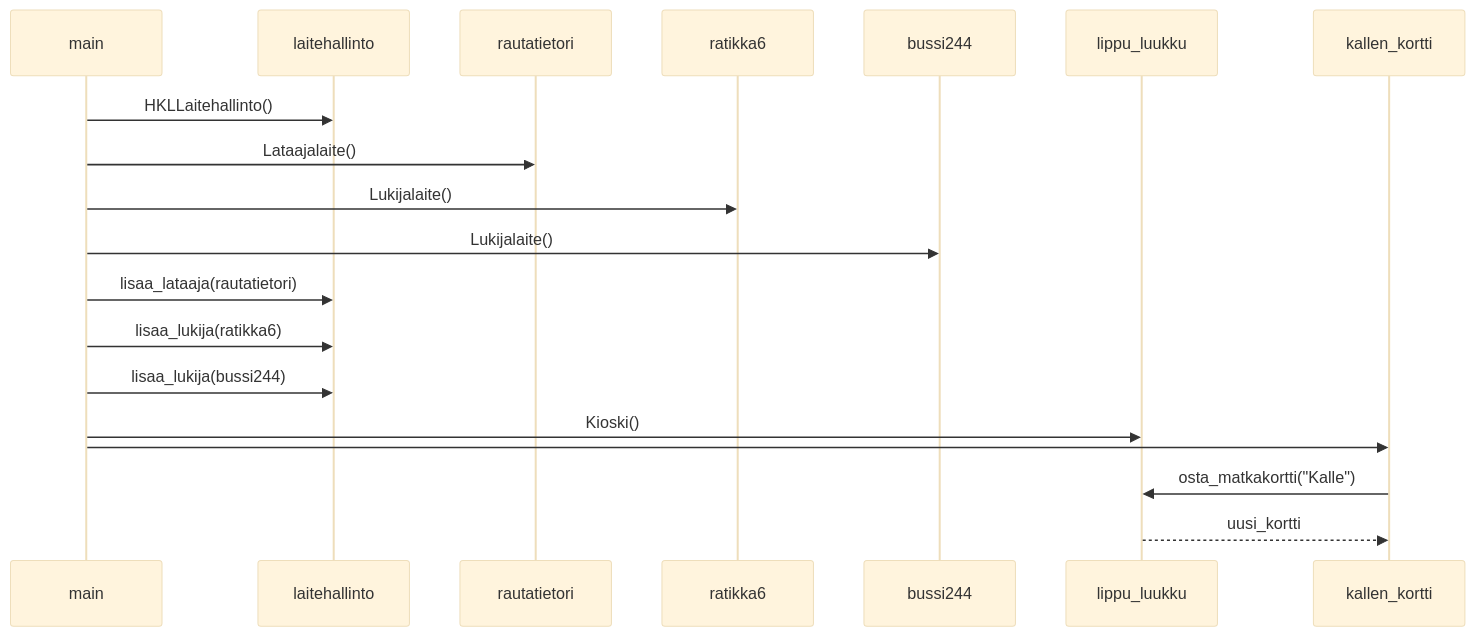
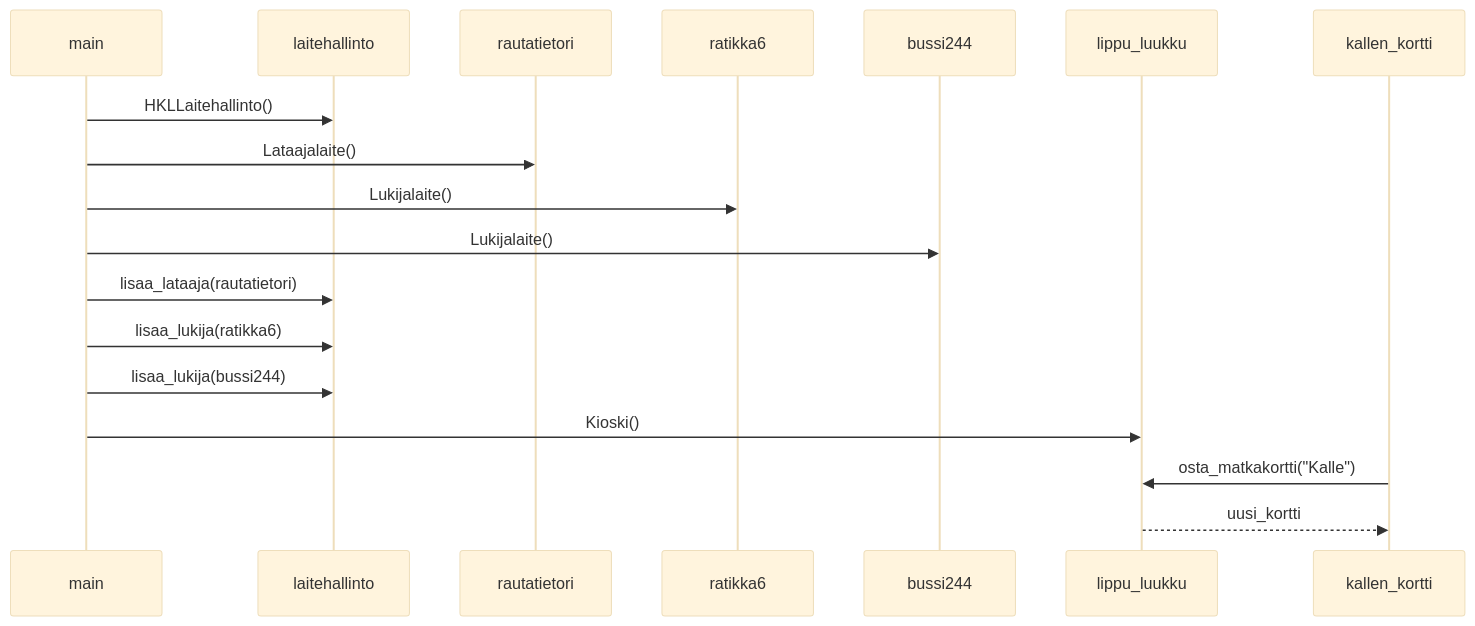
The diagram in laskarit/viikko3/task4.md (lenbie/Expense-Tracker-Project), drawn with Mermaid (base theme) before and after one commit.

````diff
--- a/laskarit/viikko3/task4.md
+++ b/laskarit/viikko3/task4.md
@@ -1,15 +1,14 @@
 ```mermaid
   sequenceDiagram
   main->>laitehallinto: HKLLaitehallinto()
   main->>rautatietori: Lataajalaite()
   main->>ratikka6: Lukijalaite()
   main->>bussi244: Lukijalaite()
   main->>laitehallinto: lisaa_lataaja(rautatietori)
   main->>laitehallinto: lisaa_lukija(ratikka6)
   main->>laitehallinto: lisaa_lukija(bussi244)
   main->>lippu_luukku: Kioski()
-  main->>kallen_kortti:
   kallen_kortti->>lippu_luukku: osta_matkakortti("Kalle")
   lippu_luukku-->>kallen_kortti: uusi_kortti
   
 ```
````
